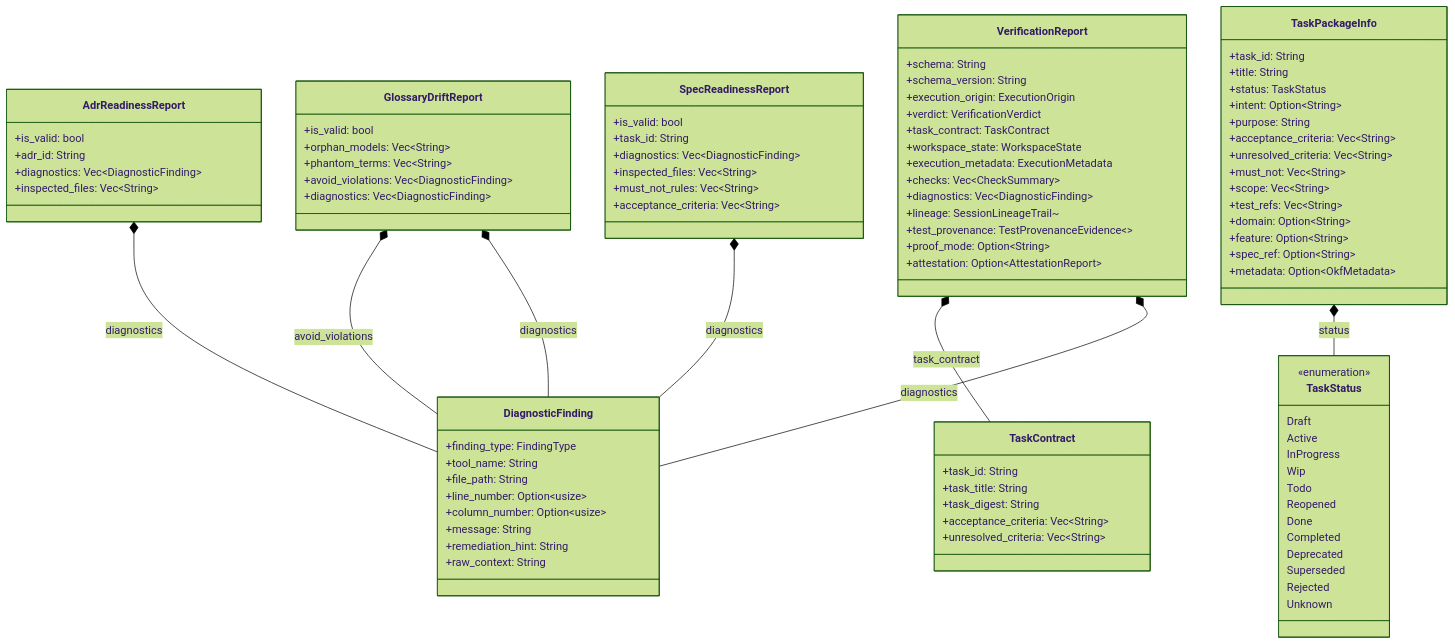
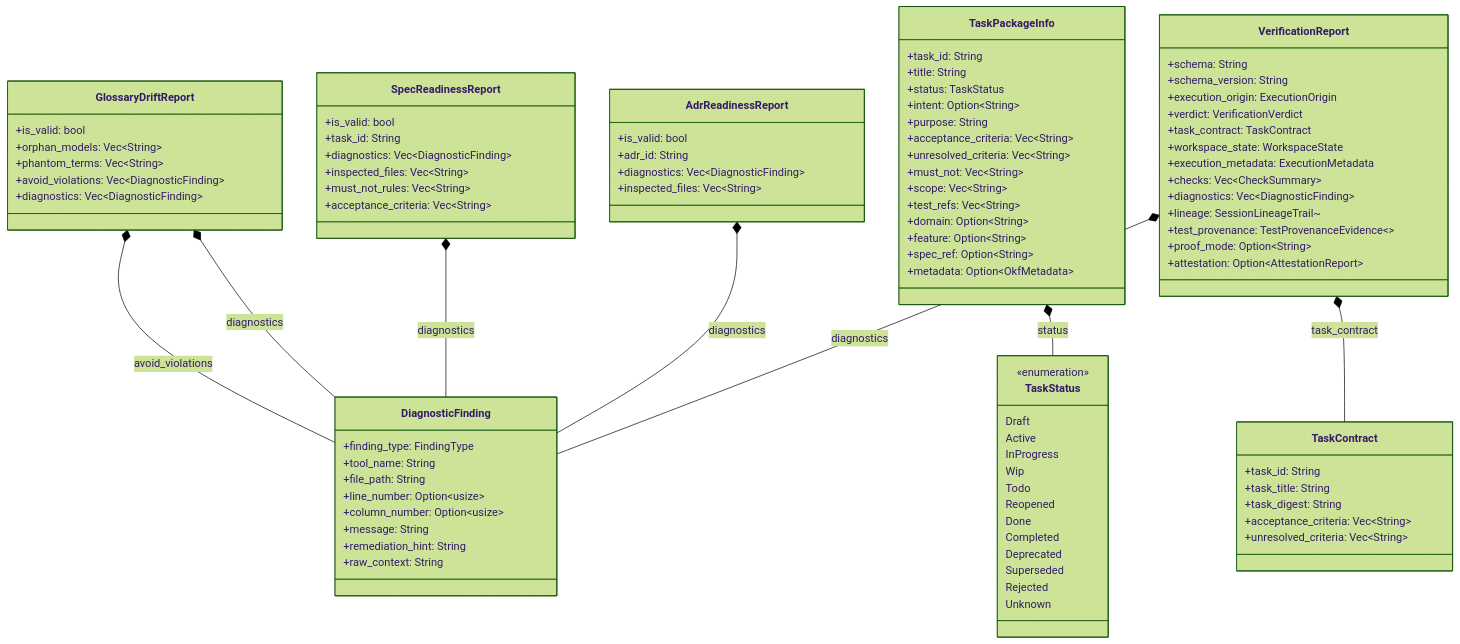
The diagram in docs/architecture/tasks.md (rolfmadsen/xgauntlet), drawn with Mermaid (forest theme) before and after one commit. The commit also changed other lines of this file and 20 other files, not shown here.

````diff
--- a/docs/architecture/tasks.md
+++ b/docs/architecture/tasks.md
@@ -104,11 +104,11 @@
         +attestation: Option~AttestationReport~
     }
 
-    AdrReadinessReport *-- DiagnosticFinding : diagnostics
     GlossaryDriftReport *-- DiagnosticFinding : avoid_violations
     GlossaryDriftReport *-- DiagnosticFinding : diagnostics
+    SpecReadinessReport *-- DiagnosticFinding : diagnostics
+    AdrReadinessReport *-- DiagnosticFinding : diagnostics
+    TaskPackageInfo *-- TaskStatus : status
     VerificationReport *-- TaskContract : task_contract
     VerificationReport *-- DiagnosticFinding : diagnostics
-    SpecReadinessReport *-- DiagnosticFinding : diagnostics
-    TaskPackageInfo *-- TaskStatus : status
 ```
````
